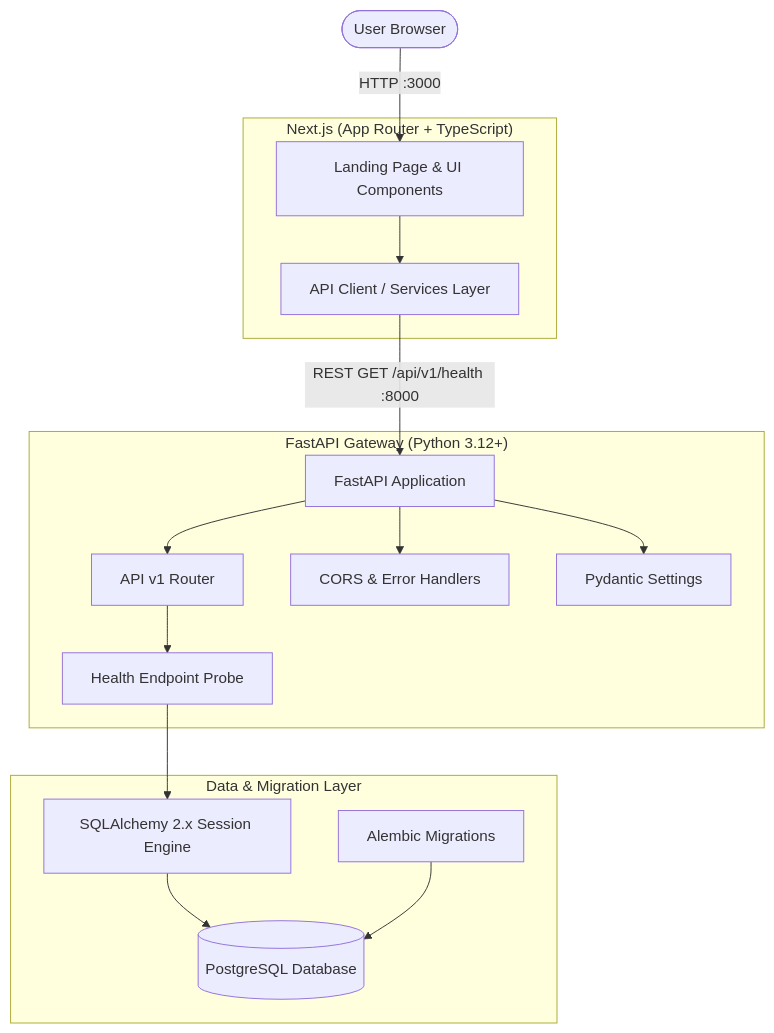
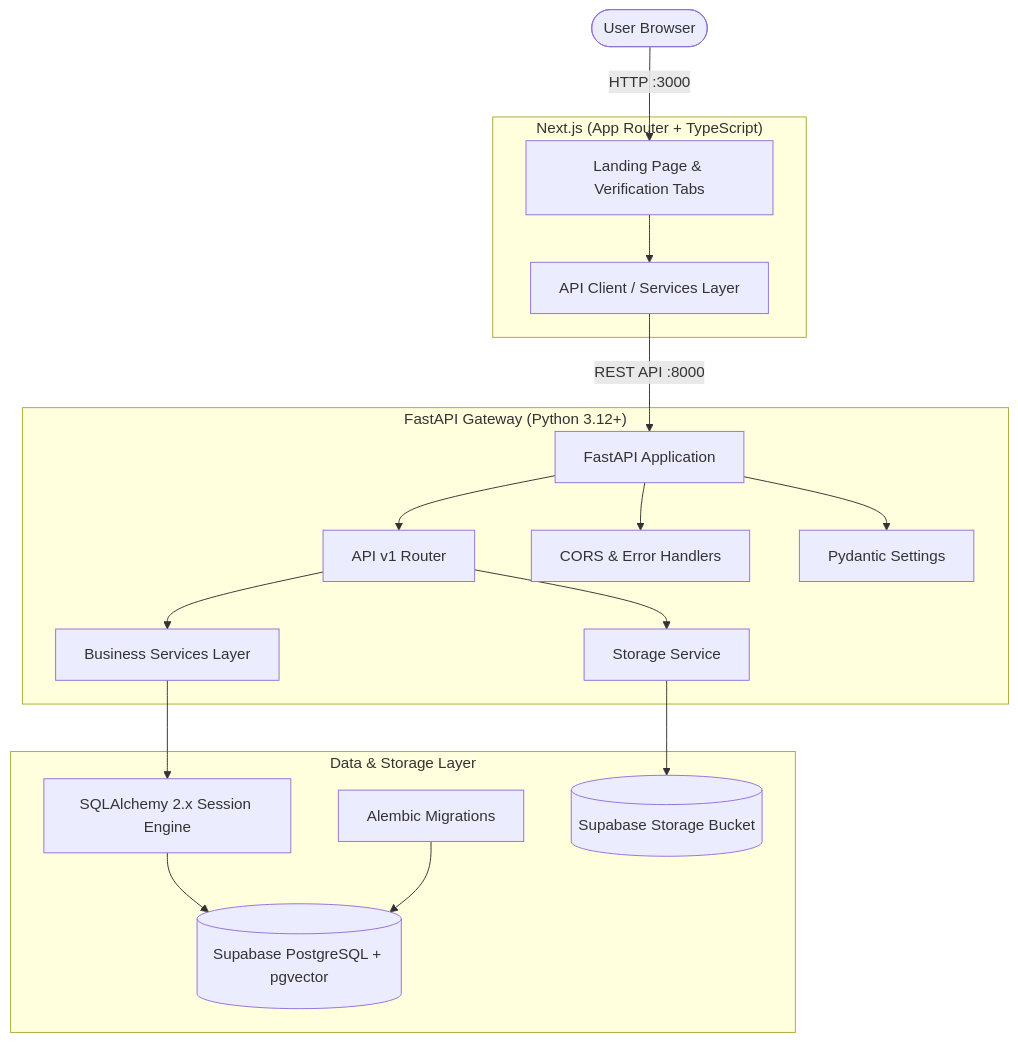
One commit to ps-rakshit-kashyap/L3-Project changed the diagram in docs/architecture.md. Above: the diagram before and after it, drawn with Mermaid. The commit also changed other lines of this file and 46 other files, not shown here.

Commit message:
feat: complete Phase 2 TalentForge database & storage with Supabase, pgvector, and resume management

````diff
--- a/docs/architecture.md
+++ b/docs/architecture.md
@@ -10,36 +13,40 @@
 ```mermaid
 graph TD
     User([User Browser])
     
     subgraph Frontend ["Next.js (App Router + TypeScript)"]
-        UI[Landing Page & UI Components]
+        UI[Landing Page & Verification Tabs]
         ApiClient[API Client / Services Layer]
         UI --> ApiClient
     end
     
     subgraph Backend ["FastAPI Gateway (Python 3.12+)"]
         MainApp[FastAPI Application]
         Router[API v1 Router]
-        HealthCheck[Health Endpoint Probe]
+        Services[Business Services Layer]
+        StorageSvc[Storage Service]
         CORS[CORS & Error Handlers]
         Config[Pydantic Settings]
         
         MainApp --> CORS
         MainApp --> Config
         MainApp --> Router
-        Router --> HealthCheck
+        Router --> Services
+        Router --> StorageSvc
     end
     
-    subgraph Persistence ["Data & Migration Layer"]
+    subgraph Persistence ["Data & Storage Layer"]
         SessionMgr[SQLAlchemy 2.x Session Engine]
         Alembic[Alembic Migrations]
-        Postgres[(PostgreSQL Database)]
+        Postgres[(Supabase PostgreSQL + pgvector)]
+        SupabaseStorage[(Supabase Storage Bucket)]
         
-        HealthCheck --> SessionMgr
+        Services --> SessionMgr
         SessionMgr --> Postgres
         Alembic --> Postgres
+        StorageSvc --> SupabaseStorage
     end
 
     User -->|HTTP :3000| UI
-    ApiClient -->|REST GET /api/v1/health :8000| MainApp
+    ApiClient -->|REST API :8000| MainApp
 ```
````
